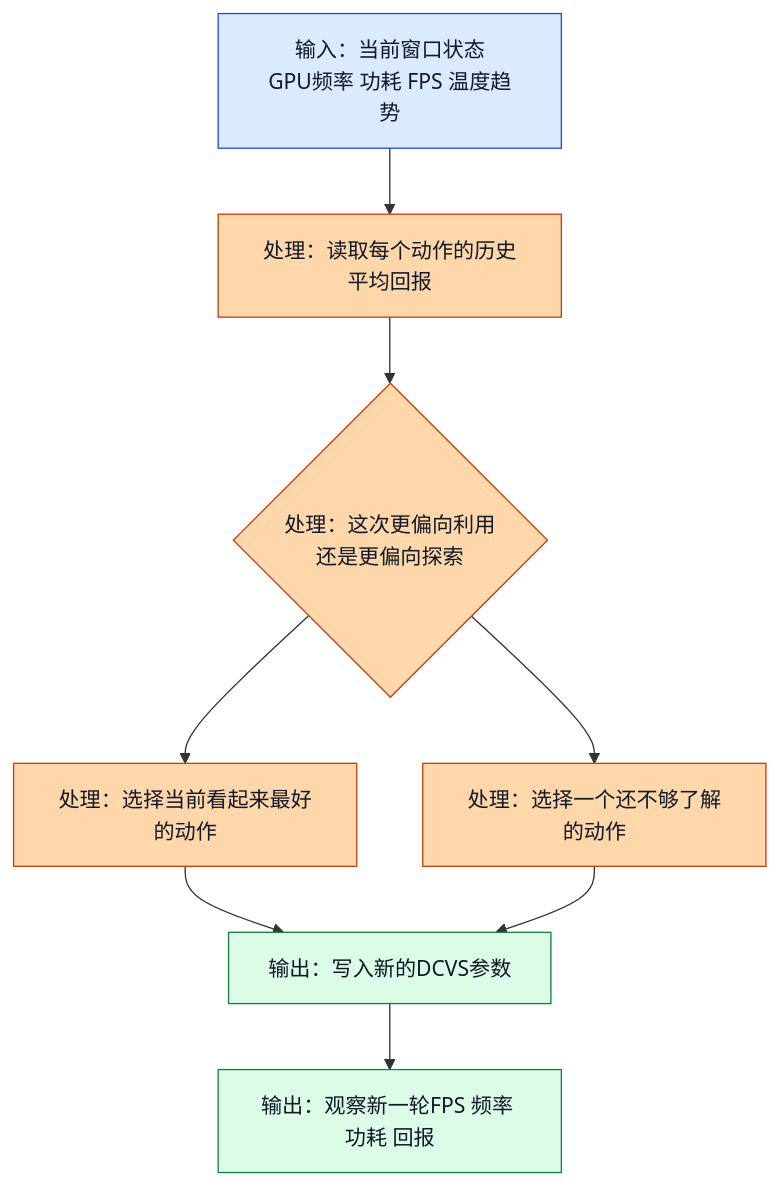
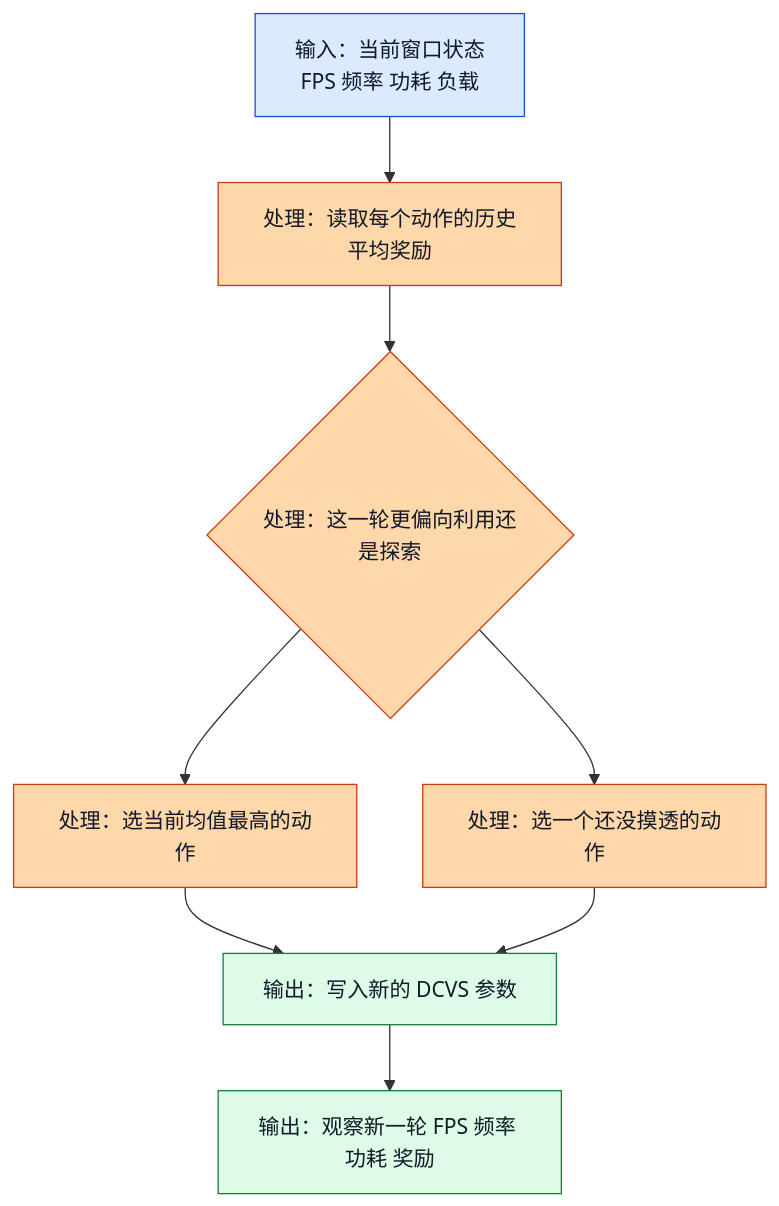
The first of 6 diagrams in learn/03_Exploration_vs_Exploitation.md (Mrphase/RL-Doc), drawn with Mermaid before and after one commit. The commit also changed other lines of this file, not shown here.

````diff
--- a/learn/03_Exploration_vs_Exploitation.md
+++ b/learn/03_Exploration_vs_Exploitation.md
@@ -77,17 +80,18 @@
 ```mermaid
 flowchart TD
-    A[输入：当前窗口状态<br/>GPU频率 功耗 FPS 温度趋势] --> B[处理：读取每个动作的历史平均回报]
-    B --> C{处理：这次更偏向利用<br/>还是更偏向探索}
-    C --> D[处理：选择当前看起来最好的动作]
-    C --> E[处理：选择一个还不够了解的动作]
-    D --> F[输出：写入新的DCVS参数]
+    A[输入：当前窗口状态<br/>FPS 频率 功耗 负载] --> B[处理：读取每个动作的历史平均奖励]
+    B --> C{处理：这一轮更偏向利用还是探索}
+    C --> D[处理：选当前均值最高的动作]
+    C --> E[处理：选一个还没摸透的动作]
+    D --> F[输出：写入新的 DCVS 参数]
     E --> F
-    F --> G[输出：观察新一轮FPS 频率 功耗 回报]
+    F --> G[输出：观察新一轮 FPS 频率 功耗 奖励]
 
     classDef input fill:#dbeafe,stroke:#1d4ed8,color:#111827;
     classDef process fill:#fed7aa,stroke:#c2410c,color:#111827;
     classDef output fill:#dcfce7,stroke:#15803d,color:#111827;
+
     class A input;
     class B,C,D,E process;
     class F,G output;
 ```
````
